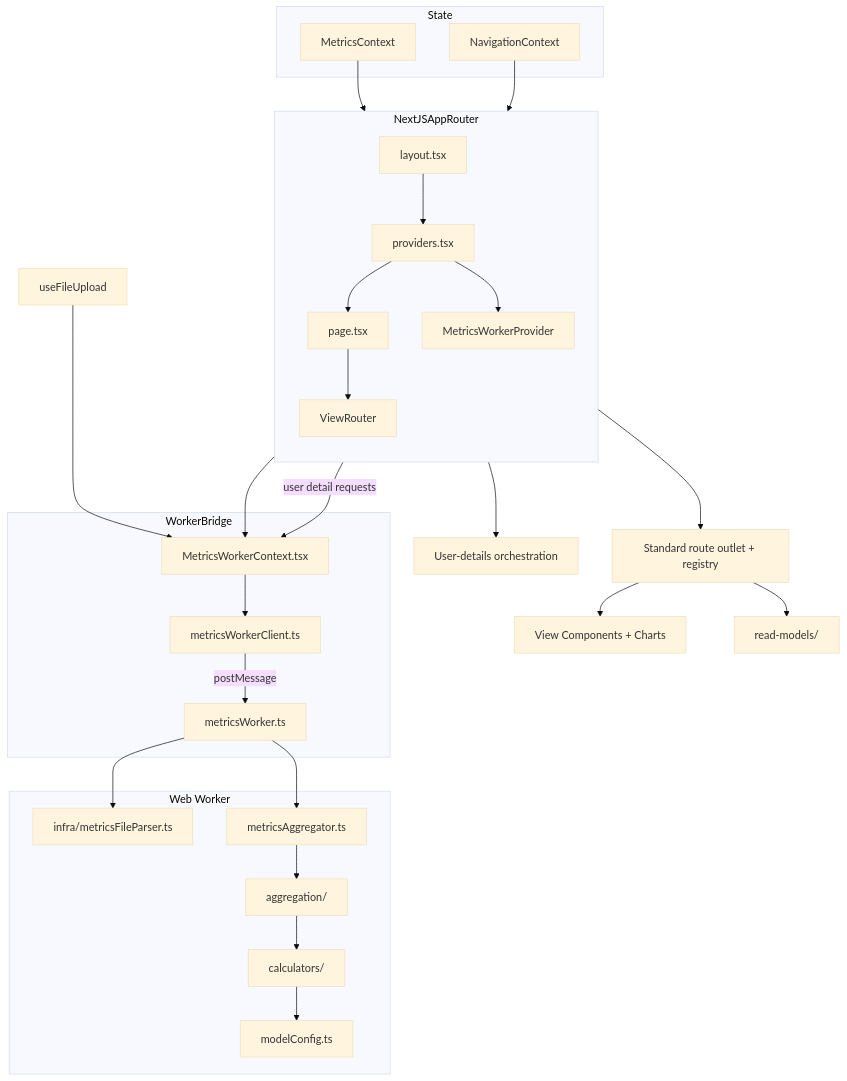
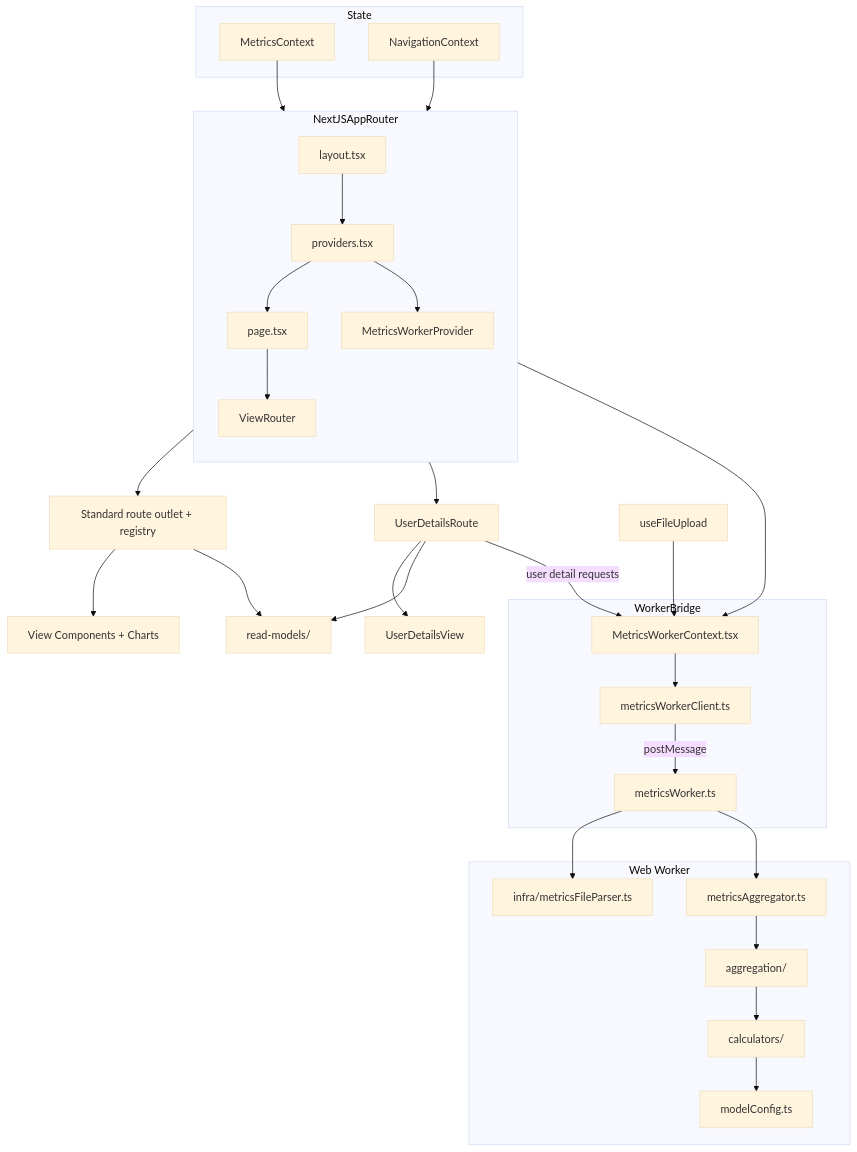
One commit to asizikov-demos/copilot-user-level-statistics-viewer changed the second of 2 diagrams in docs/project-overview.md. Above: the diagram before and after it, drawn with Mermaid (base theme). The commit also changed other lines of this file and 8 other files, not shown here.

First line of the commit message:
Extract user details route orchestration (#569)

````diff
--- a/docs/project-overview.md
+++ b/docs/project-overview.md
@@ -129,48 +132,50 @@
 ```mermaid
 flowchart TB
 	subgraph NextJSAppRouter
 		direction TB
 		L[layout.tsx] --> P[providers.tsx]
 		P --> H[page.tsx]
 		H --> VR[ViewRouter]
 		P --> MWP[MetricsWorkerProvider]
 	end
 
 	subgraph State
 		MC[MetricsContext]
 		NC[NavigationContext]
 	end
 
 	subgraph WebWorker[Web Worker]
 		MFP[infra/metricsFileParser.ts]
 		MA[metricsAggregator.ts]
 		AGG[aggregation/]
 		CALC[calculators/]
 		MConf[modelConfig.ts]
 	end
 
 	subgraph WorkerBridge
 		MWC[MetricsWorkerContext.tsx]
 		WC[metricsWorkerClient.ts]
 		WT[metricsWorker.ts]
 	end
 
 	VR --> SR[Standard route outlet + registry]
 	SR --> Views[View Components + Charts]
 	SR --> RM[read-models/]
-	VR --> UD[User-details orchestration]
+	VR --> UD[UserDetailsRoute]
+	UD --> UDV[UserDetailsView]
+	UD --> RM
 
 	MWP --> MWC
 	MWC --> WC
 	UFU[useFileUpload] --> MWC
-	VR -->|user detail requests| MWC
+	UD -->|user detail requests| MWC
 	WC -->|postMessage| WT
 	WT --> MFP
 	WT --> MA
 	MA --> AGG
 	AGG --> CALC
 	CALC --> MConf
 
 	MC --> VR
 	NC --> VR
 ```
````
